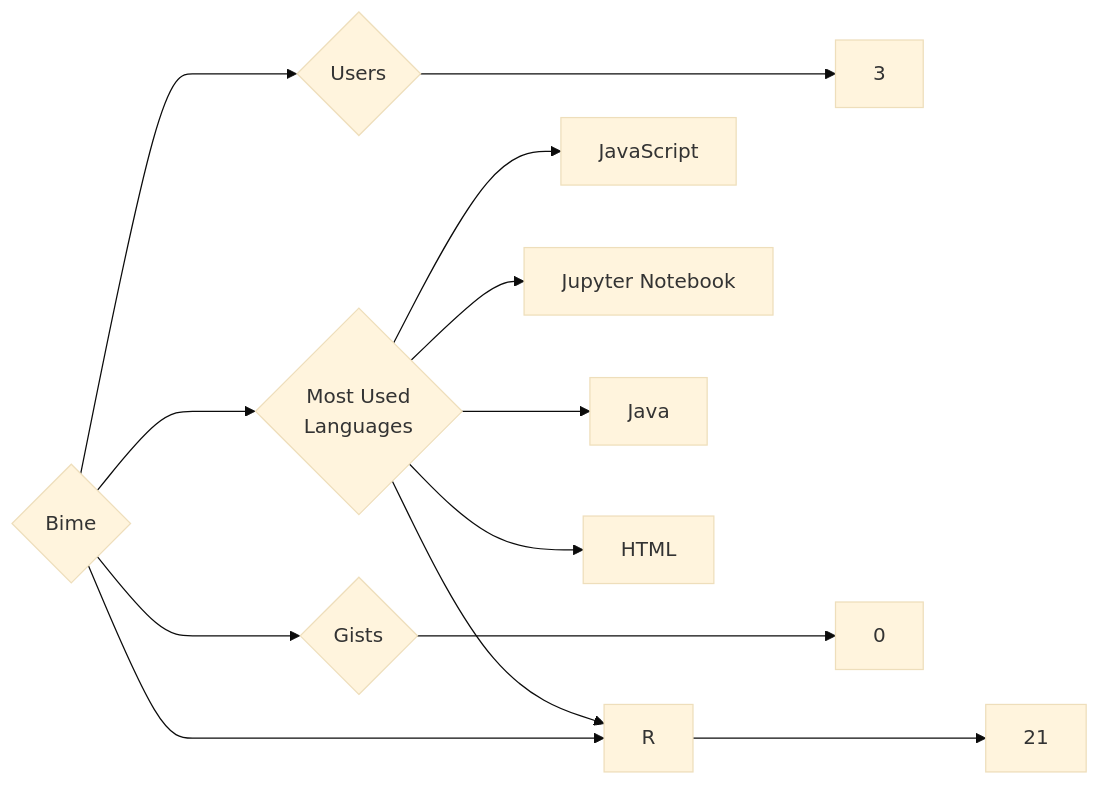
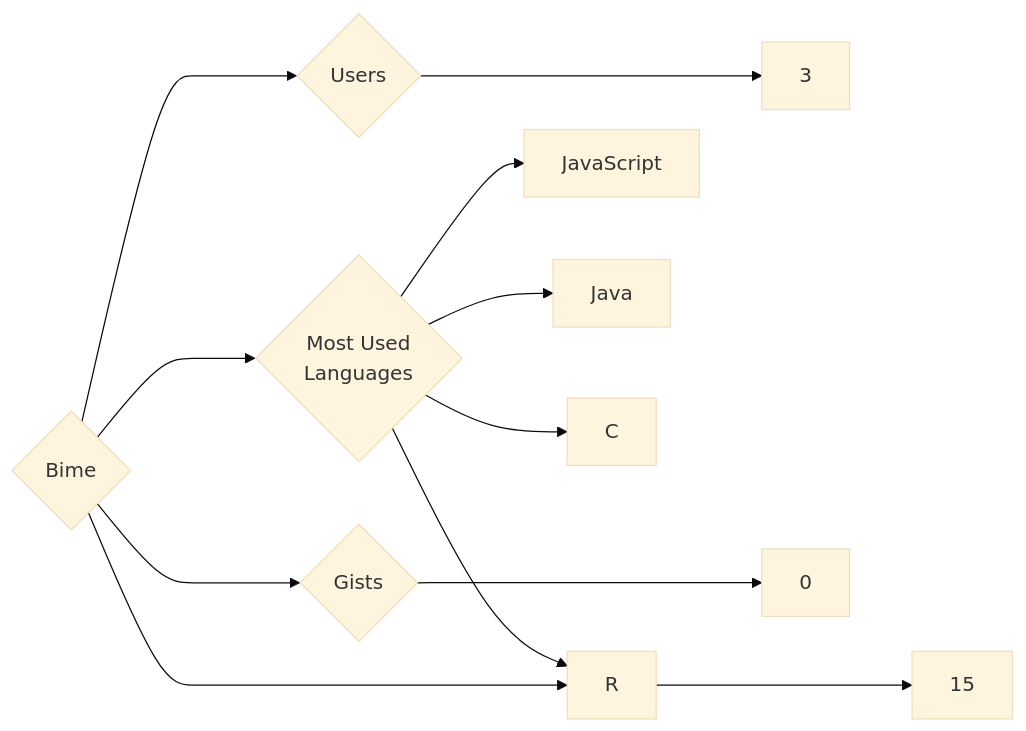
Before and after one commit to trickest/insiders: the diagram in targets/Bime/README.md, drawn with Mermaid (base theme). The commit also changed 786 other files, not shown here.

````diff
--- a/targets/Bime/README.md
+++ b/targets/Bime/README.md
@@ -3,13 +3,12 @@
 ```mermaid
 graph LR
 COMPANY_NAME{Bime}
 COMPANY_NAME ---> U{Users} ---> UN[3]
-COMPANY_NAME ---> R{Repositories} ---> RN[21]
+COMPANY_NAME ---> R{Repositories} ---> RN[15]
 COMPANY_NAME ---> G{Gists} ---> GN[0]
 COMPANY_NAME ---> ML{Most Used<br>Languages}
 ML --> JavaScript[JavaScript]
-ML --> Jupyter_Notebook[Jupyter Notebook]
+ML --> R[R]
 ML --> Java[Java]
-ML --> R[R]
-ML --> HTML[HTML]
+ML --> C[C]
 ```
````
